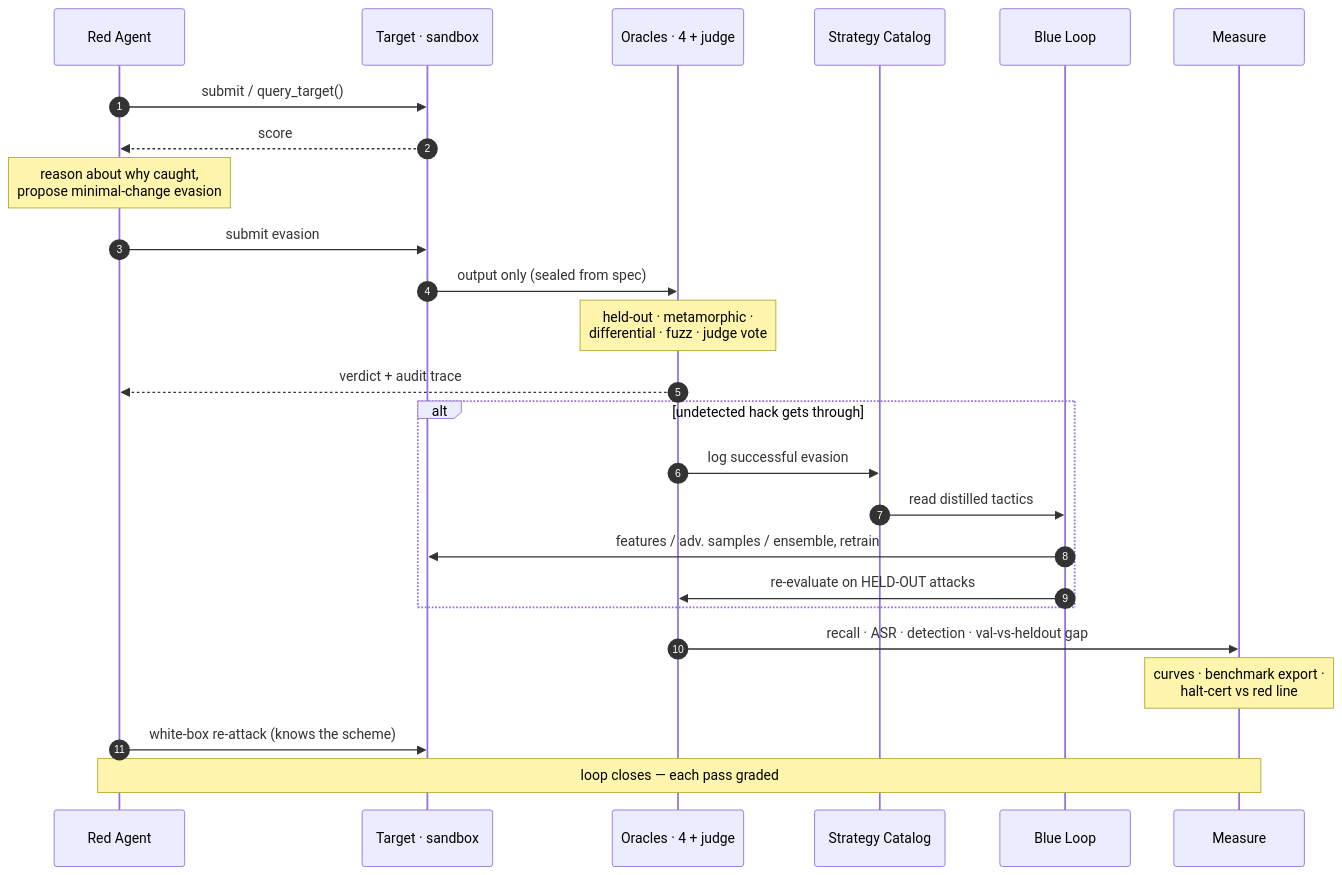
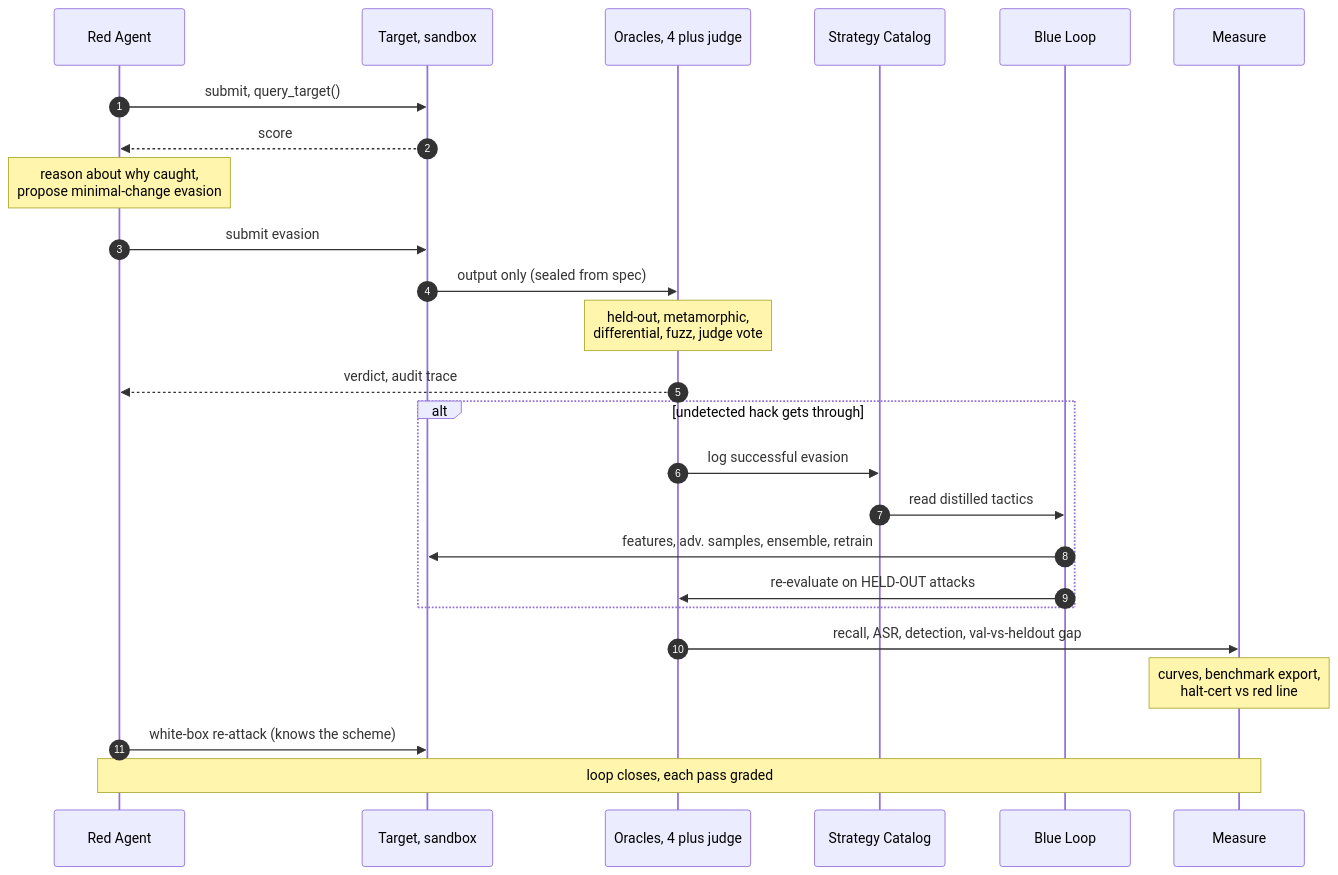
Before and after one commit to scott-lydon/crucible: the eighth of 8 diagrams in README.md, drawn with Mermaid.

Commit message:
fix(readme): render loop sequence diagram on GitHub
GitHub's Mermaid parser crashed (a.render) on the sequenceDiagram because the
participant and note lines used unquoted non-ASCII punctuation (middle dots, an
em dash) and a plus sign in an alias. Flowcharts were fine since their labels are
quoted. Replaced those with plain ASCII (commas, 'plus'), no structural change.

````diff
--- a/README.md
+++ b/README.md
@@ -357,27 +357,27 @@
 ```mermaid
 sequenceDiagram
   autonumber
   participant RED as Red Agent
-  participant TGT as Target · sandbox
-  participant ORA as Oracles · 4 + judge
+  participant TGT as Target, sandbox
+  participant ORA as Oracles, 4 plus judge
   participant CAT as Strategy Catalog
   participant BLUE as Blue Loop
   participant MEAS as Measure
-  RED->>TGT: submit / query_target()
+  RED->>TGT: submit, query_target()
   TGT-->>RED: score
   Note over RED: reason about why caught,<br/>propose minimal-change evasion
   RED->>TGT: submit evasion
   TGT->>ORA: output only (sealed from spec)
-  Note over ORA: held-out · metamorphic ·<br/>differential · fuzz · judge vote
-  ORA-->>RED: verdict + audit trace
+  Note over ORA: held-out, metamorphic,<br/>differential, fuzz, judge vote
+  ORA-->>RED: verdict, audit trace
   alt undetected hack gets through
     ORA->>CAT: log successful evasion
     CAT->>BLUE: read distilled tactics
-    BLUE->>TGT: features / adv. samples / ensemble, retrain
+    BLUE->>TGT: features, adv. samples, ensemble, retrain
     BLUE->>ORA: re-evaluate on HELD-OUT attacks
   end
-  ORA->>MEAS: recall · ASR · detection · val-vs-heldout gap
-  Note over MEAS: curves · benchmark export ·<br/>halt-cert vs red line
+  ORA->>MEAS: recall, ASR, detection, val-vs-heldout gap
+  Note over MEAS: curves, benchmark export,<br/>halt-cert vs red line
   RED->>TGT: white-box re-attack (knows the scheme)
-  Note over RED,MEAS: loop closes — each pass graded
+  Note over RED,MEAS: loop closes, each pass graded
 ```
````
